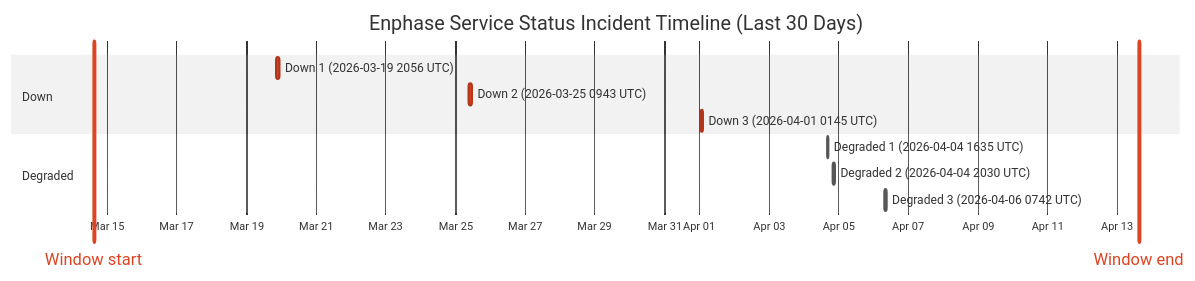
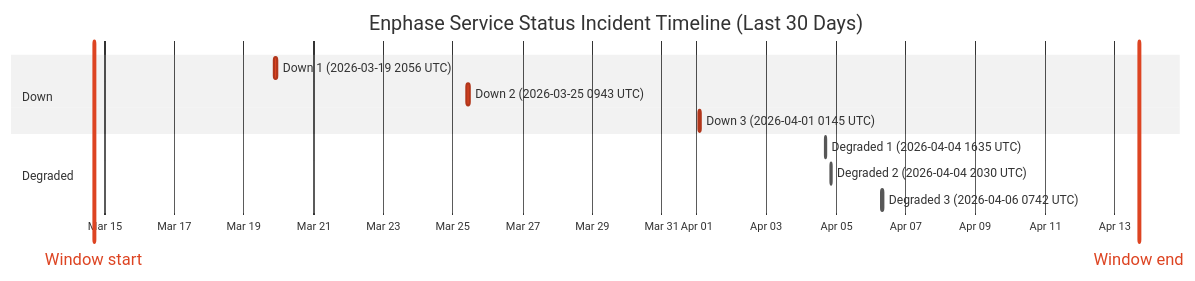
Before and after one commit to barneyonline/ha-enphase-ev-charger: the diagram in wiki/Service-Status-History.md, drawn with Mermaid (neutral theme). The commit also changed other lines of this file and 3 other files, not shown here.

````diff
--- a/wiki/Service-Status-History.md
+++ b/wiki/Service-Status-History.md
@@ -14,16 +14,16 @@
 ```mermaid
 gantt
     title Enphase Service Status Incident Timeline (Last 30 Days)
     dateFormat  YYYY-MM-DDTHH:mm:ss
     axisFormat  %b %d
-    Window start :vert, window-start, 2026-03-14T15:01:15, 0ms
-    Window end :vert, window-end, 2026-04-13T15:01:15, 0ms
+    Window start :vert, window-start, 2026-03-14T16:42:13, 0ms
+    Window end :vert, window-end, 2026-04-13T16:42:13, 0ms
     section Down
     Down 1 (2026-03-19 2056 UTC) :crit, down-1, 2026-03-19T20:56:20, 145m
     Down 2 (2026-03-25 0943 UTC) :crit, down-2, 2026-03-25T09:43:28, 111m
     Down 3 (2026-04-01 0145 UTC) :crit, down-3, 2026-04-01T01:45:09, 60m
     section Degraded
     Degraded 1 (2026-04-04 1635 UTC) :active, degraded-1, 2026-04-04T16:35:17, 60m
     Degraded 2 (2026-04-04 2030 UTC) :active, degraded-2, 2026-04-04T20:30:40, 60m
     Degraded 3 (2026-04-06 0742 UTC) :active, degraded-3, 2026-04-06T07:42:09, 85m
 ```
````
